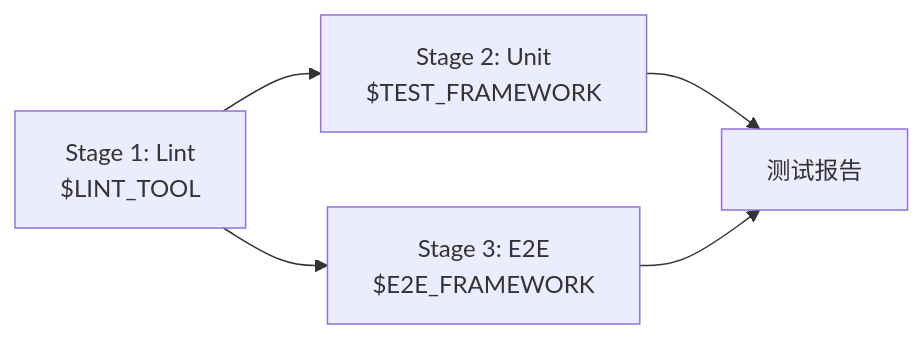
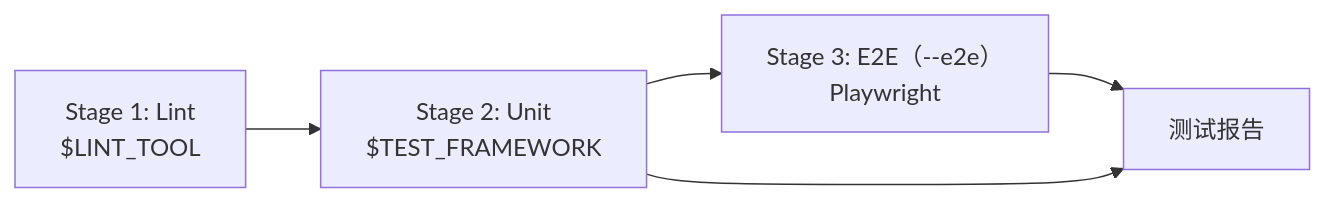
Before and after one commit to evan-e2438927/sdlc-workflow: the diagram in sdlc-workflow/references/test-pipeline.md, drawn with Mermaid. The commit also changed other lines of this file and 17 other files, not shown here.

````diff
--- a/sdlc-workflow/references/test-pipeline.md
+++ b/sdlc-workflow/references/test-pipeline.md
@@ -15,11 +31,11 @@
 ```mermaid
 graph LR
     LINT["Stage 1: Lint<br/>$LINT_TOOL"]
     UNIT["Stage 2: Unit<br/>$TEST_FRAMEWORK"]
-    E2E["Stage 3: E2E<br/>$E2E_FRAMEWORK"]
+    E2E["Stage 3: E2E（--e2e）<br/>Playwright"]
 
     LINT --> UNIT
-    LINT --> E2E
-    UNIT --> REPORT["测试报告"]
-    E2E --> REPORT
+    UNIT --> E2E
+    E2E --> REPORT["测试报告"]
+    UNIT --> REPORT
 ```
````
